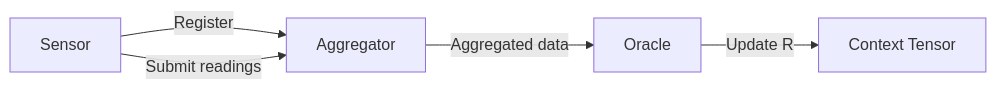
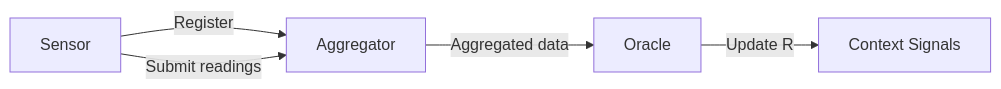
Before and after one commit to nmcitra/ktp-rfc: the sixth of 6 diagrams in rfcs/ktp-transport.md, drawn with Mermaid. The commit also changed other lines of this file and 70 other files, not shown here.

````diff
--- a/rfcs/ktp-transport.md
+++ b/rfcs/ktp-transport.md
@@ -438,7 +438,7 @@
 ``` mermaid
 flowchart LR
     S["Sensor"] -->|Register| A["Aggregator"]
     S -->|Submit readings| A
     A -->|Aggregated data| O["Oracle"]
-    O -->|Update R| CT["Context Tensor"]
+    O -->|Update R| CT["Context Signals"]
 ```
````
